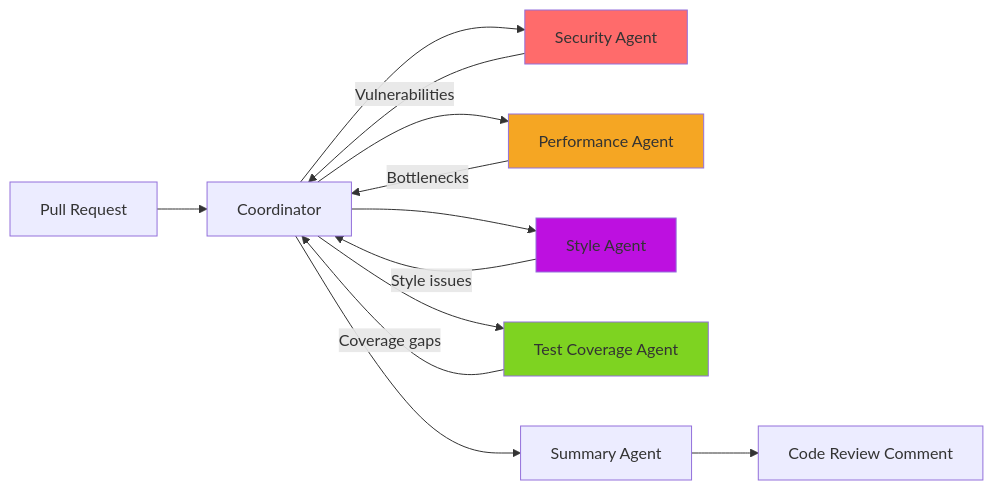
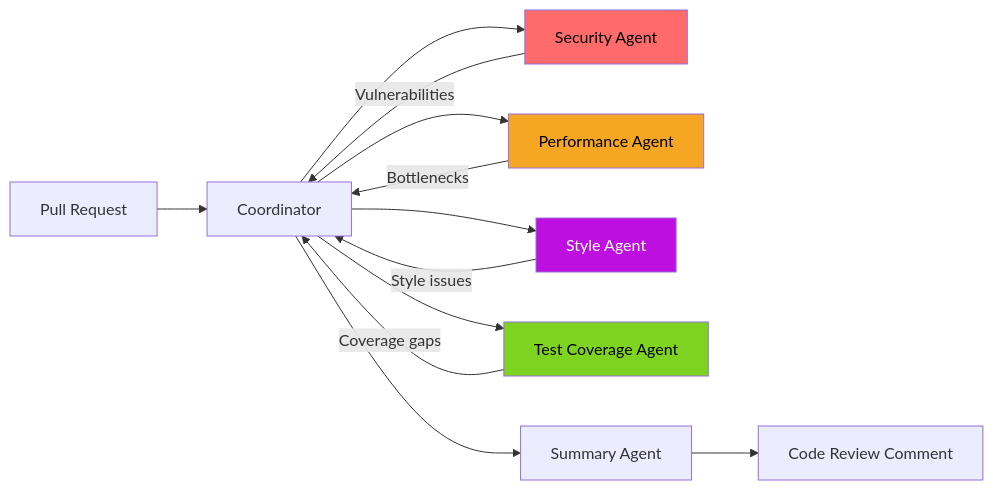
One commit to EideticPleroma/tutorials changed the fourth of 5 diagrams in lesson-2-multi-agent/tutorial-2/case-studies.md. Above: the diagram before and after it, drawn with Mermaid. The commit also changed other lines of this file and 7 other files, not shown here.

First line of the commit message:
docs: implement color contrast standards across all diagrams

````diff
--- a/lesson-2-multi-agent/tutorial-2/case-studies.md
+++ b/lesson-2-multi-agent/tutorial-2/case-studies.md
@@ -356,22 +356,22 @@
 ```mermaid
 flowchart LR
     PR[Pull Request] --> Coordinator
     
     Coordinator --> Security[Security Agent]
     Coordinator --> Performance[Performance Agent]
     Coordinator --> Style[Style Agent]
     Coordinator --> Tests[Test Coverage Agent]
     
     Security -->|Vulnerabilities| Coordinator
     Performance -->|Bottlenecks| Coordinator
     Style -->|Style issues| Coordinator
     Tests -->|Coverage gaps| Coordinator
     
     Coordinator --> Summary[Summary Agent]
     Summary --> Review[Code Review Comment]
     
-    style Security fill:#FF6B6B
-    style Performance fill:#F5A623
-    style Style fill:#BD10E0
-    style Tests fill:#7ED321
+    style Security fill:#FF6B6B,color:#000000
+    style Performance fill:#F5A623,color:#000000
+    style Style fill:#BD10E0,color:#FFFFFF
+    style Tests fill:#7ED321,color:#000000
 ```
````
